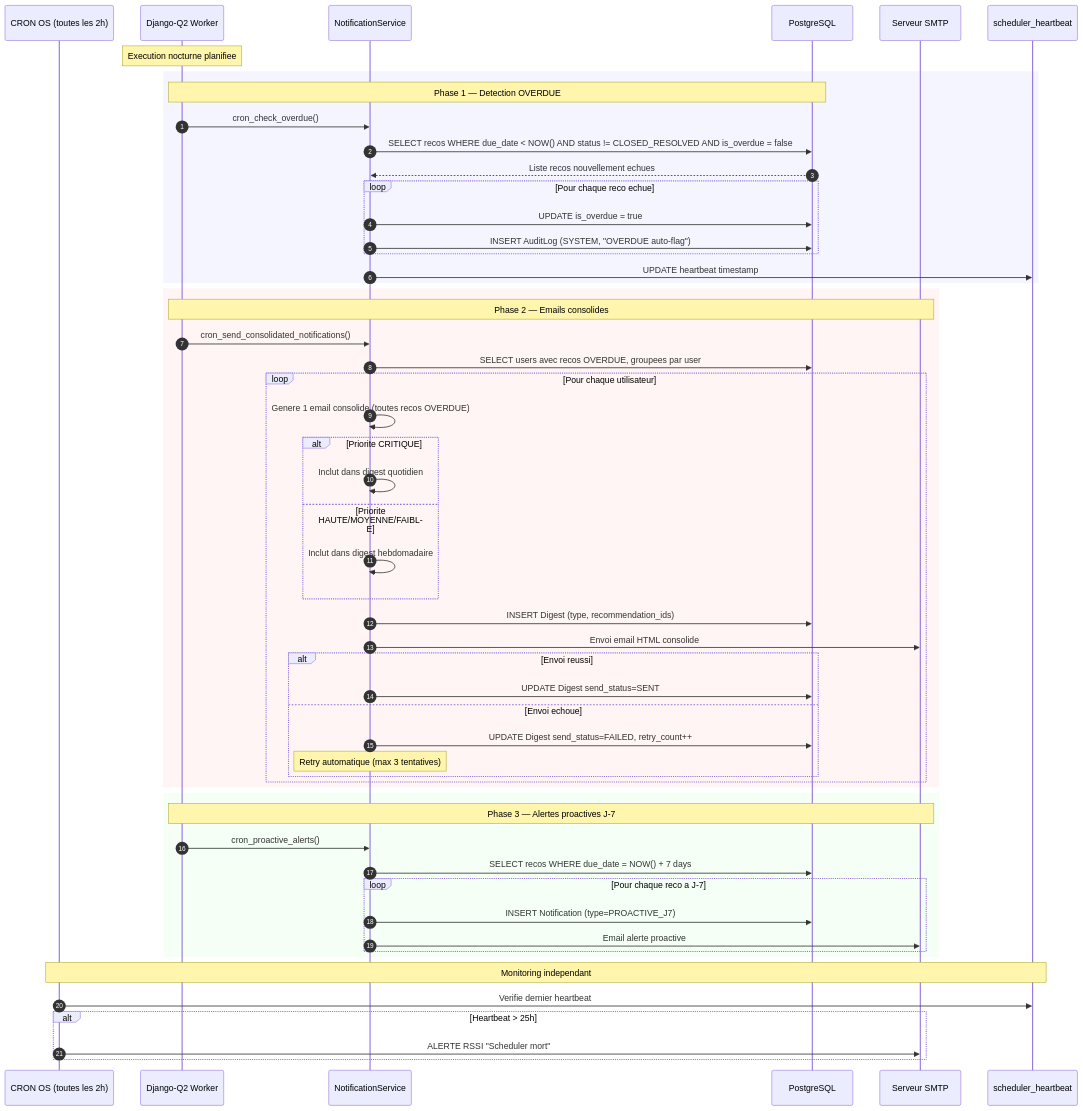
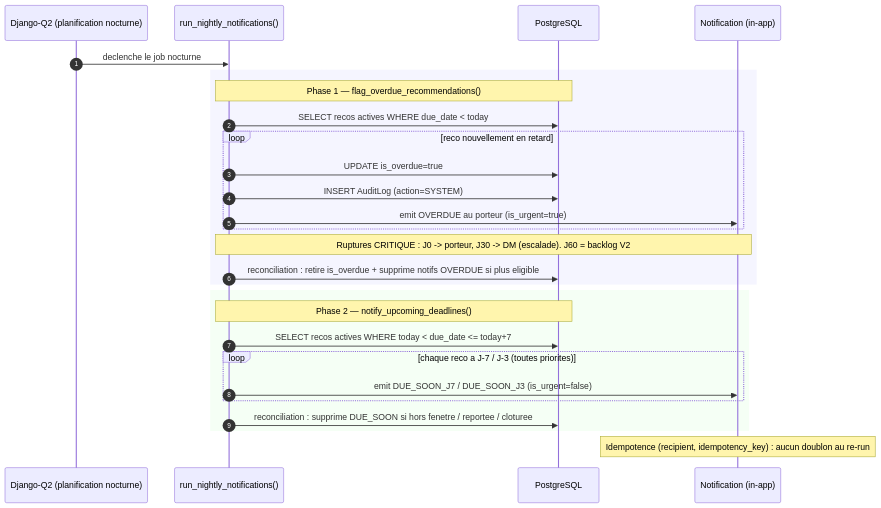
Before and after one commit to Tchendjou2003/bicec--Sentinel: diagram 11 of 22 in _bmad-output/planning-artifacts/system-diagrams.md, drawn with Mermaid. The commit also changed other lines of this file and 6 other files, not shown here.

First line of the commit message:
chore(bmad): hygiène stories + sprint-status + story 5.1 + diagrammes v2.0

````diff
--- a/_bmad-output/planning-artifacts/system-diagrams.md
+++ b/_bmad-output/planning-artifacts/system-diagrams.md
@@ -711,62 +837,33 @@
 ```mermaid
 sequenceDiagram
     autonumber
-    participant CRON as CRON OS (toutes les 2h)
-    participant Q2W as Django-Q2 Worker
-    participant SVC as NotificationService
+    participant Q2 as Django-Q2 (planification nocturne)
+    participant WF as run_nightly_notifications()
     participant DB as PostgreSQL
-    participant SMTP as Serveur SMTP
-    participant HB as scheduler_heartbeat
+    participant NOTIF as Notification (in-app)
 
-    Note over Q2W: Execution nocturne planifiee
+    Q2->>WF: declenche le job nocturne
 
     rect rgb(245, 245, 255)
-        Note over Q2W, DB: Phase 1 — Detection OVERDUE
-        Q2W->>SVC: cron_check_overdue()
-        SVC->>DB: SELECT recos WHERE due_date < NOW() AND status != CLOSED_RESOLVED AND is_overdue = false
-        DB-->>SVC: Liste recos nouvellement echues
-        loop Pour chaque reco echue
-            SVC->>DB: UPDATE is_overdue = true
-            SVC->>DB: INSERT AuditLog (SYSTEM, "OVERDUE auto-flag")
+        Note over WF,DB: Phase 1 — flag_overdue_recommendations()
+        WF->>DB: SELECT recos actives WHERE due_date < today
+        loop reco nouvellement en retard
+            WF->>DB: UPDATE is_overdue=true
+            WF->>DB: INSERT AuditLog (action=SYSTEM)
+            WF->>NOTIF: emit OVERDUE au porteur (is_urgent=true)
         end
-        SVC->>HB: UPDATE heartbeat timestamp
-    end
-
-    rect rgb(255, 245, 245)
-        Note over Q2W, SMTP: Phase 2 — Emails consolides
-        Q2W->>SVC: cron_send_consolidated_notifications()
-        SVC->>DB: SELECT users avec recos OVERDUE, groupees par user
-        loop Pour chaque utilisateur
-            SVC->>SVC: Genere 1 email consolide (toutes recos OVERDUE)
-            alt Priorite CRITIQUE
-                SVC->>SVC: Inclut dans digest quotidien
-            else Priorite HAUTE/MOYENNE/FAIBLE
-                SVC->>SVC: Inclut dans digest hebdomadaire
-            end
-            SVC->>DB: INSERT Digest (type, recommendation_ids)
-            SVC->>SMTP: Envoi email HTML consolide
-            alt Envoi reussi
-                SVC->>DB: UPDATE Digest send_status=SENT
-            else Envoi echoue
-                SVC->>DB: UPDATE Digest send_status=FAILED, retry_count++
-                Note over SVC: Retry automatique (max 3 tentatives)
-            end
-        end
+        Note over WF,NOTIF: Ruptures CRITIQUE : J0 -> porteur, J30 -> DM (escalade). J60 = backlog V2
+        WF->>DB: reconciliation : retire is_overdue + supprime notifs OVERDUE si plus eligible
     end
 
     rect rgb(245, 255, 245)
-        Note over Q2W, SMTP: Phase 3 — Alertes proactives J-7
-        Q2W->>SVC: cron_proactive_alerts()
-        SVC->>DB: SELECT recos WHERE due_date = NOW() + 7 days
-        loop Pour chaque reco a J-7
-            SVC->>DB: INSERT Notification (type=PROACTIVE_J7)
-            SVC->>SMTP: Email alerte proactive
+        Note over WF,DB: Phase 2 — notify_upcoming_deadlines()
+        WF->>DB: SELECT recos actives WHERE today < due_date <= today+7
+        loop chaque reco a J-7 / J-3 (toutes priorites)
+            WF->>NOTIF: emit DUE_SOON_J7 / DUE_SOON_J3 (is_urgent=false)
         end
+        WF->>DB: reconciliation : supprime DUE_SOON si hors fenetre / reportee / cloturee
     end
 
-    Note over CRON, HB: Monitoring independant
-    CRON->>HB: Verifie dernier heartbeat
-    alt Heartbeat > 25h
-        CRON->>SMTP: ALERTE RSSI "Scheduler mort"
-    end
+    Note over NOTIF: Idempotence (recipient, idempotency_key) : aucun doublon au re-run
 ```
````
